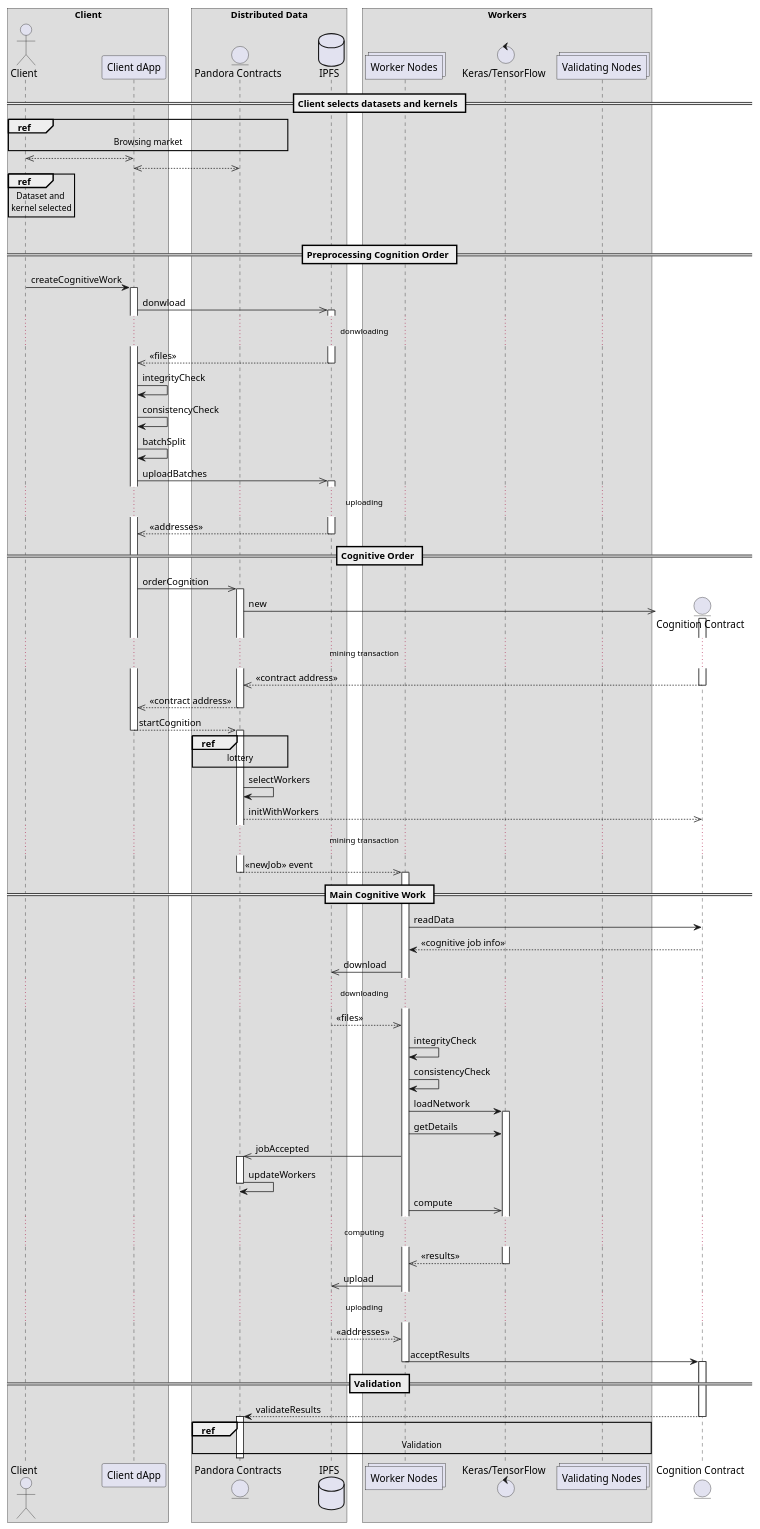
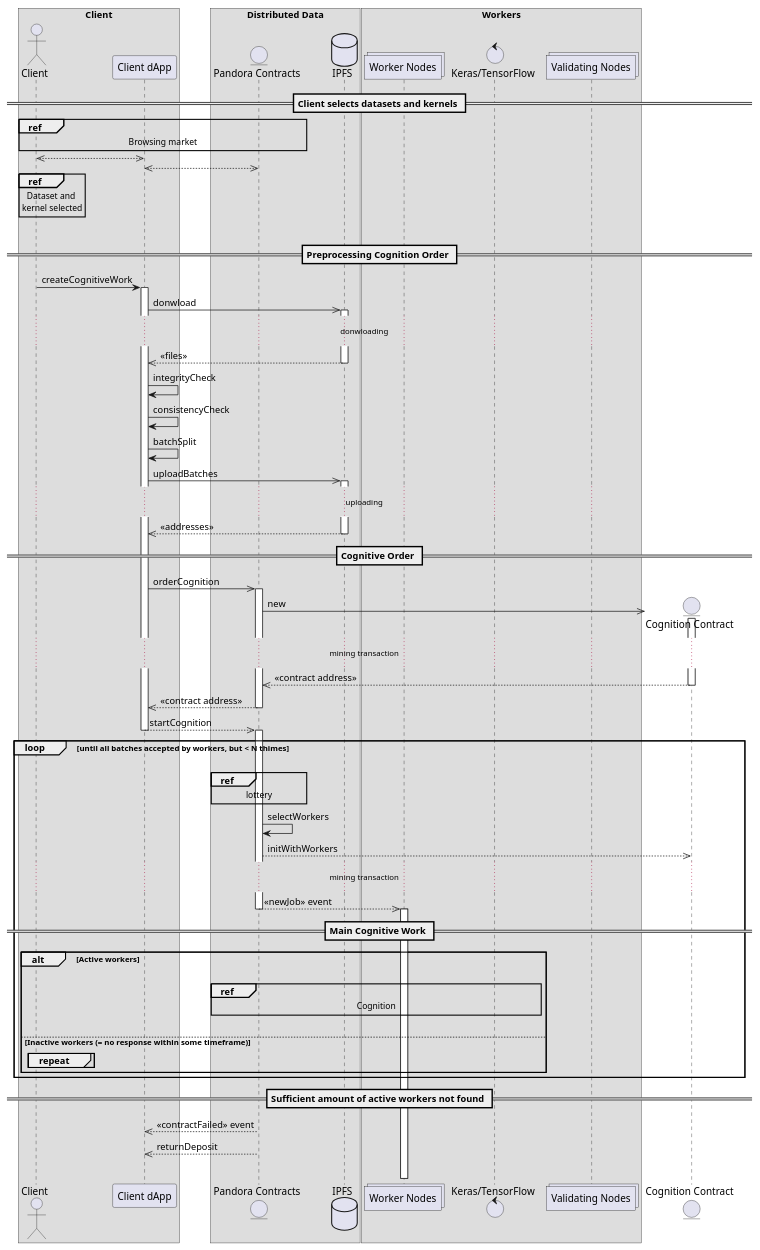
One commit to pandoraboxchain/pocw-techspecs changed the diagram in sequence_cognition_10.plantuml. Above: the diagram before and after it, drawn with PlantUML.

```diff
--- a/sequence_cognition_10.plantuml
+++ b/sequence_cognition_10.plantuml
@@ -1,110 +1,96 @@
 @startuml
 box "Client"
   actor "Client" as client
   participant "Client dApp" as dapp
 end box
 
 box "Distributed Data"
   entity "Pandora Contracts" as pandora
   database "IPFS" as ipfs
 end box
 
 box "Workers"
   collections "Worker Nodes" as workers
   control "Keras/TensorFlow" as nn
   collections "Validating Nodes" as validators
 end box
 
 == Client selects datasets and kernels ==
 
 ref over client, dapp, pandora: Browsing market
 client <<-->> dapp
 dapp <<-->> pandora
 ref over client
   Dataset and 
   kernel selected
 end ref
 
 |||
 
 == Preprocessing Cognition Order ==
 
 client -> dapp: createCognitiveWork
 activate dapp
 dapp ->> ipfs: donwload
 activate ipfs
 ... donwloading ...
 ipfs -->> dapp: << files >>
 deactivate ipfs
 
 dapp -> dapp: integrityCheck
 dapp -> dapp: consistencyCheck
 dapp -> dapp: batchSplit
 dapp ->> ipfs: uploadBatches
 activate ipfs
 ... uploading ...
 ipfs -->> dapp: << addresses >>
 deactivate ipfs
 
 == Cognitive Order ==
 
 dapp ->> pandora: orderCognition
 activate pandora
 create entity "Cognition Contract" as cognition
 pandora ->> cognition: new
 activate cognition
 ... mining transaction ...
 cognition -->> pandora: << contract address >>
 deactivate cognition
 
 pandora -->> dapp: << contract address >>
 deactivate pandora
 
 dapp -->> pandora: startCognition
 deactivate dapp
 activate pandora
-ref over pandora: lottery
-pandora -> pandora: selectWorkers
-pandora -->> cognition: initWithWorkers
+
+loop until all batches accepted by workers, but < N thimes
+  |||
+  ref over pandora: lottery
+  pandora -> pandora: selectWorkers
+  pandora -->> cognition: initWithWorkers
 ... mining transaction ...
-pandora -->> workers: << newJob >> event
-deactivate pandora
+  pandora -->> workers: << newJob >> event
+  deactivate pandora
 
 == Main Cognitive Work ==
+  activate workers
 
-activate workers
-workers -> cognition: readData
-cognition --> workers: << cognitive job info >>
-workers ->> ipfs: download
-... downloading ...
-ipfs -->> workers: << files >>
-workers -> workers: integrityCheck
-workers -> workers: consistencyCheck
-workers -> nn: loadNetwork
-activate nn
-workers -> nn: getDetails
-workers ->> pandora: jobAccepted
+  alt Active workers
+    |||
+    ref over pandora, nn: Cognition
+    |||
+  else Inactive workers (= no response within some timeframe)
+    group repeat
+    end
+  end
+end
+
+== Sufficient amount of active workers not found ==
+
 activate pandora
-pandora -> pandora: updateWorkers
-'... mining transaction ...
+pandora -->> dapp: << contractFailed >> event
+pandora -->> dapp: returnDeposit
 deactivate pandora
-workers ->> nn: compute
-... computing ...
-nn -->> workers: << results >>
-deactivate nn
-workers ->> ipfs: upload
-... uploading ...
-ipfs -->> workers: << addresses >>
-workers -> cognition: acceptResults
-deactivate workers
-activate cognition
-
-== Validation ==
-
-cognition --> pandora: validateResults
-deactivate cognition
-activate pandora
-
-ref over pandora, validators: Validation
-deactivate pandora
+|||
 @enduml
```
